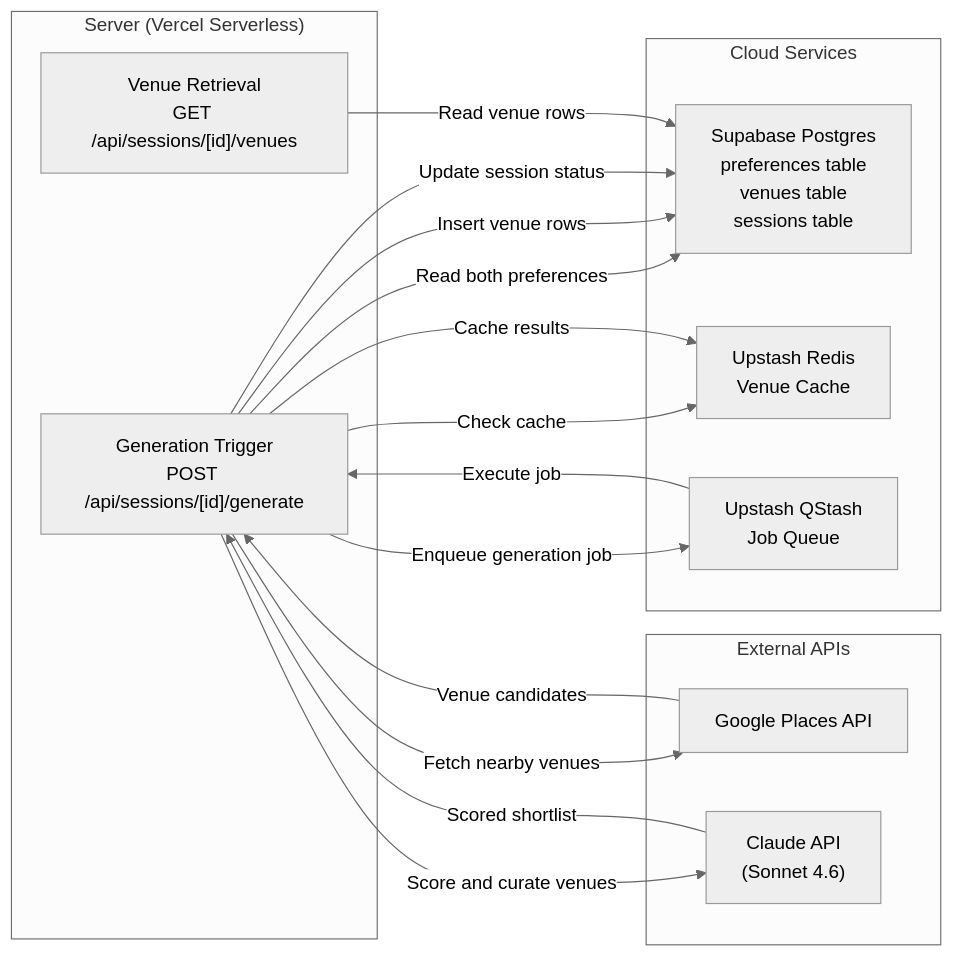
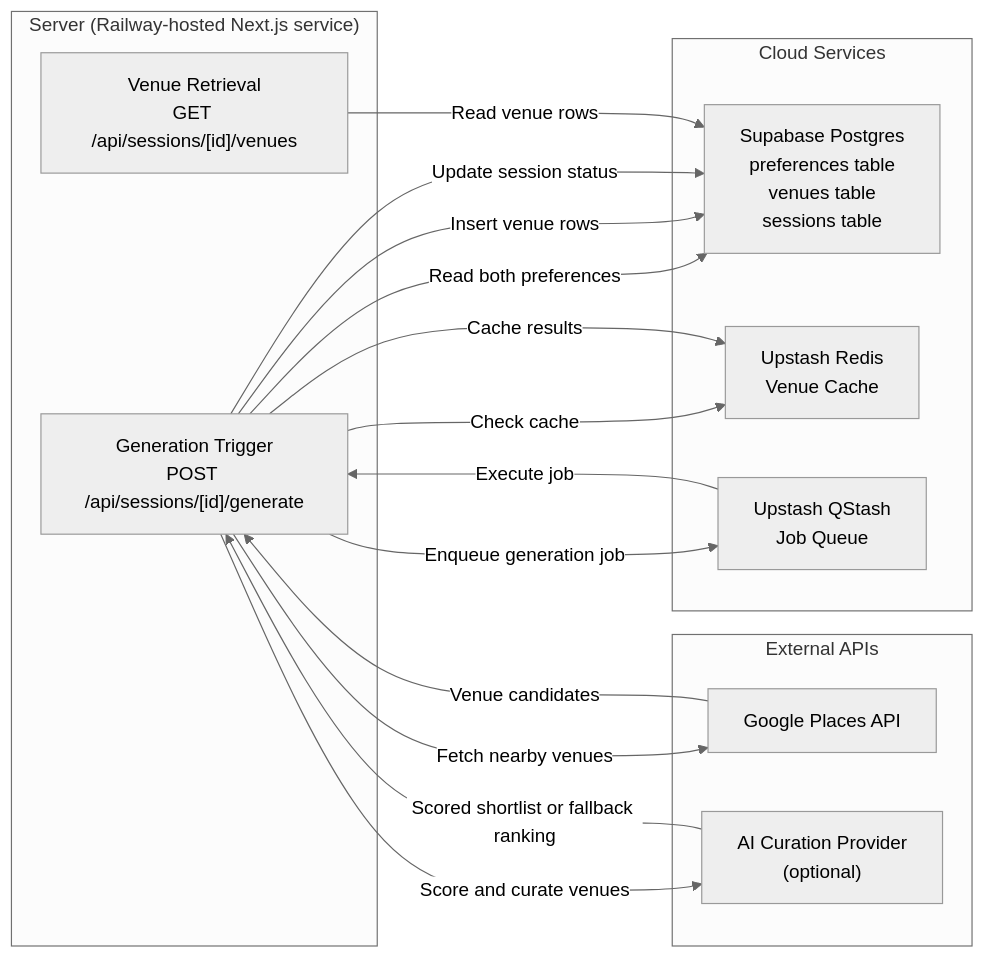
Before and after one commit to Aiden-Barrera/dateflow: the first of 4 diagrams in docs/dev-specs/ds-03-venue-generation.md, drawn with Mermaid (neutral theme). The commit also changed other lines of this file and 46 other files, not shown here.

````diff
--- a/docs/dev-specs/ds-03-venue-generation.md
+++ b/docs/dev-specs/ds-03-venue-generation.md
@@ -14,31 +14,31 @@
 ```mermaid
 flowchart LR
-    subgraph Server["Server (Vercel Serverless)"]
+    subgraph Server["Server (Railway-hosted Next.js service)"]
         GenAPI["Generation Trigger<br/>POST /api/sessions/[id]/generate"]
         VenueAPI["Venue Retrieval<br/>GET /api/sessions/[id]/venues"]
     end
 
     subgraph Cloud["Cloud Services"]
         Postgres["Supabase Postgres<br/>preferences table<br/>venues table<br/>sessions table"]
         Redis["Upstash Redis<br/>Venue Cache"]
         QStash["Upstash QStash<br/>Job Queue"]
     end
 
     subgraph External["External APIs"]
         Places["Google Places API"]
-        Claude["Claude API<br/>(Sonnet 4.6)"]
+        AICuration["AI Curation Provider<br/>(optional)"]
     end
 
     GenAPI -- "Enqueue generation job" --> QStash
     QStash -- "Execute job" --> GenAPI
     GenAPI -- "Read both preferences" --> Postgres
     GenAPI -- "Check cache" --> Redis
     GenAPI -- "Fetch nearby venues" --> Places
     Places -- "Venue candidates" --> GenAPI
     GenAPI -- "Cache results" --> Redis
-    GenAPI -- "Score and curate venues" --> Claude
-    Claude -- "Scored shortlist" --> GenAPI
+    GenAPI -- "Score and curate venues" --> AICuration
+    AICuration -- "Scored shortlist or fallback ranking" --> GenAPI
     GenAPI -- "Insert venue rows" --> Postgres
     GenAPI -- "Update session status" --> Postgres
     VenueAPI -- "Read venue rows" --> Postgres
 ```
````
